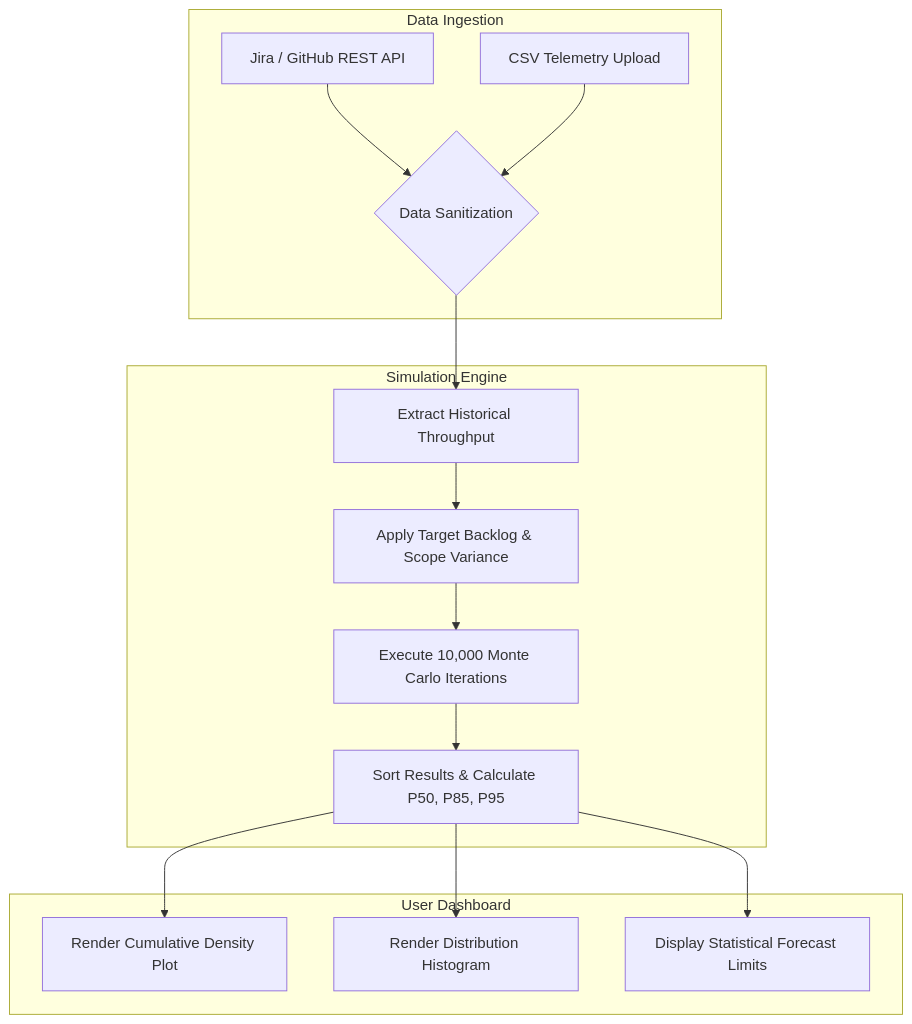
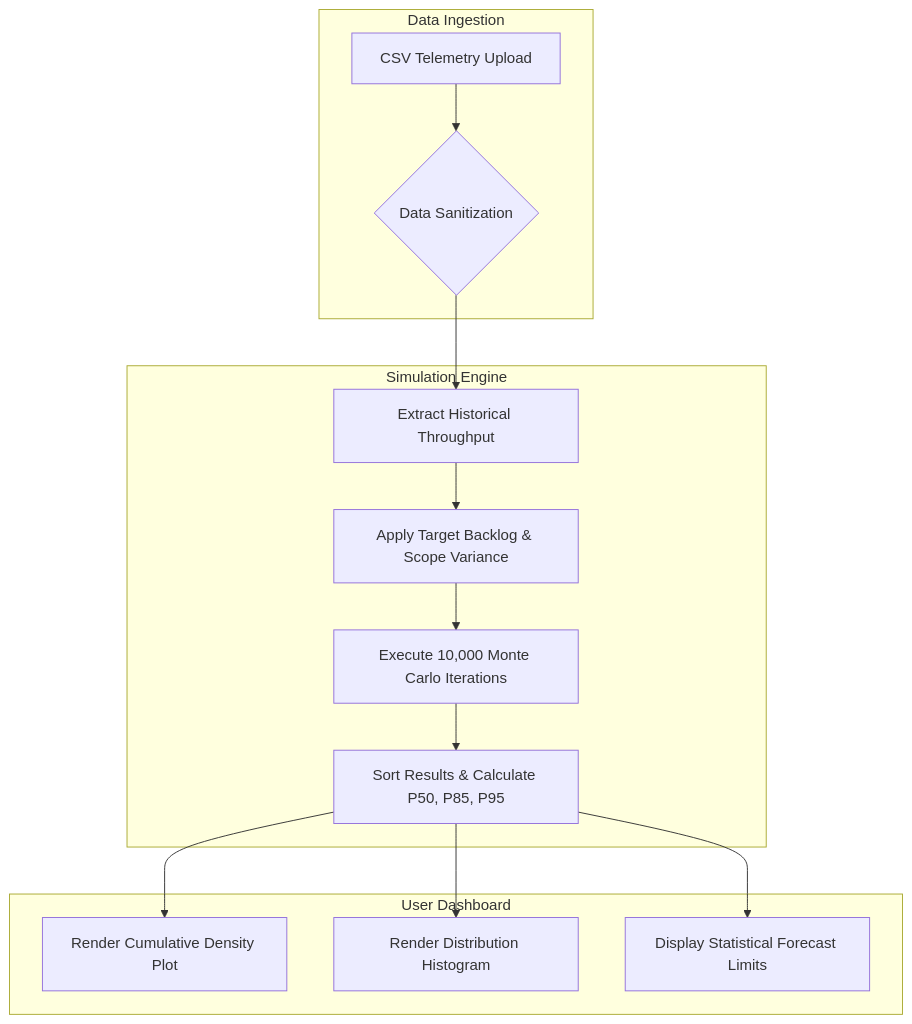
Before and after one commit to Kawaiions/agile-monte-carlo-forecaster: the diagram in docs/technology.md, drawn with Mermaid.

````diff
--- a/docs/technology.md
+++ b/docs/technology.md
@@ -40,20 +40,19 @@
 ```mermaid
 graph TD
     subgraph Data Ingestion
-        A[Jira / GitHub REST API] --> C{Data Sanitization}
-        B[CSV Telemetry Upload] --> C
+        B[CSV Telemetry Upload] --> C{Data Sanitization}
     end
 
     subgraph Simulation Engine
         C --> D[Extract Historical Throughput]
         D --> E[Apply Target Backlog & Scope Variance]
         E --> F[Execute 10,000 Monte Carlo Iterations]
         F --> G[Sort Results & Calculate P50, P85, P95]
     end
 
     subgraph User Dashboard
         G --> H[Render Cumulative Density Plot]
         G --> I[Render Distribution Histogram]
         G --> J[Display Statistical Forecast Limits]
     end
 ```
````
